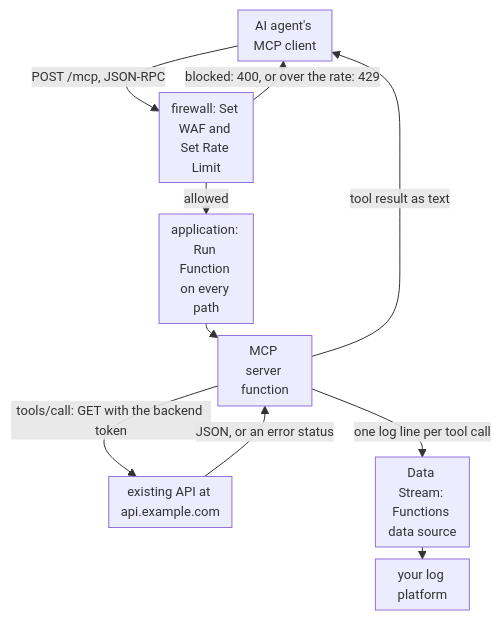
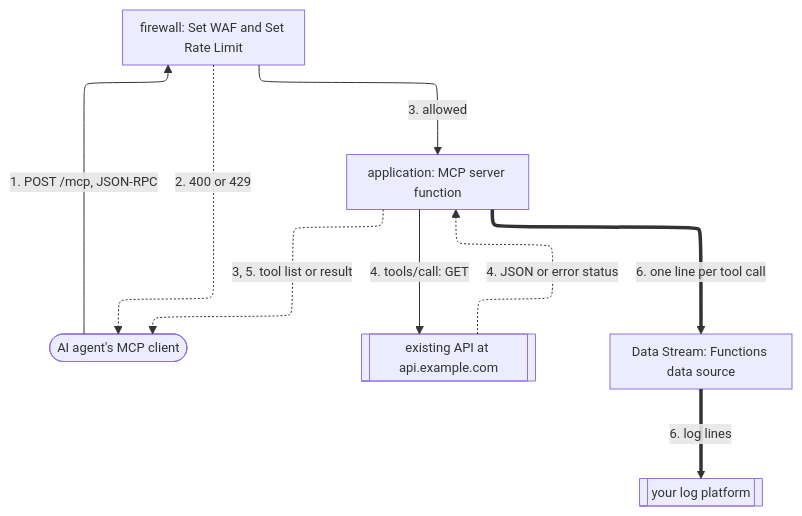
Before and after one commit to aziontech/docs: the diagram in apps/docs/src/content/docs/en/pages/use-cases/build-and-run-ai-workloads/deploy-remote-mcp-servers.mdx, drawn with Mermaid. The commit also changed other lines of this file and 55 other files, not shown here.

Commit message:
docs(use-cases): redraw the use-case diagrams with the way back and check their claims (#2509)

````diff
--- a/apps/docs/src/content/docs/en/pages/use-cases/build-and-run-ai-workloads/deploy-remote-mcp-servers.mdx
+++ b/apps/docs/src/content/docs/en/pages/use-cases/build-and-run-ai-workloads/deploy-remote-mcp-servers.mdx
@@ -42,13 +44,18 @@
 ```mermaid
-%%{init: {"layout": "dagre", "themeVariables": {"fontSize": "13px"}, "flowchart": {"nodeSpacing": 12, "rankSpacing": 12, "padding": 6, "wrappingWidth": 70, "minNodeWidth": 40, "useMaxWidth": true}}}%%
+%%{init: {"layout": "elk", "themeVariables": {"fontSize": "13px"}, "flowchart": {"nodeSpacing": 24, "rankSpacing": 36, "padding": 8, "wrappingWidth": 150, "useMaxWidth": true}, "sequence": {"width": 120, "actorMargin": 30, "useMaxWidth": true}}}%%
 flowchart TD
-  Agent["AI agent's MCP client"] -->|"POST /mcp, JSON-RPC"| FW["firewall: Set WAF and Set Rate Limit"]
-  FW -->|"blocked: 400, or over the rate: 429"| Agent
-  FW -->|"allowed"| App["application: Run Function on every path"]
-  App --> Fn["MCP server function"]
-  Fn -->|"tools/call: GET with the backend token"| API["existing API at api.example.com"]
-  API -->|"JSON, or an error status"| Fn
-  Fn -->|"tool result as text"| Agent
-  Fn -->|"one log line per tool call"| DS["Data Stream: Functions data source"]
-  DS --> Logs["your log platform"]
+  Agent(["AI agent's MCP client"])
+  FW["firewall: Set WAF and Set Rate Limit"]
+  Fn["application: MCP server function"]
+  API[["existing API at api.example.com"]]
+  DS["Data Stream: Functions data source"]
+  Logs[["your log platform"]]
+  Agent -->|"1. POST /mcp, JSON-RPC"| FW
+  FW -->|"3. allowed"| Fn
+  Fn -->|"4. tools/call: GET"| API
+  FW -.->|"2. 400 or 429"| Agent
+  API -.->|"4. JSON or error status"| Fn
+  Fn -.->|"3, 5. tool list or result"| Agent
+  Fn ==>|"6. one line per tool call"| DS
+  DS ==>|"6. log lines"| Logs
 ```
````
